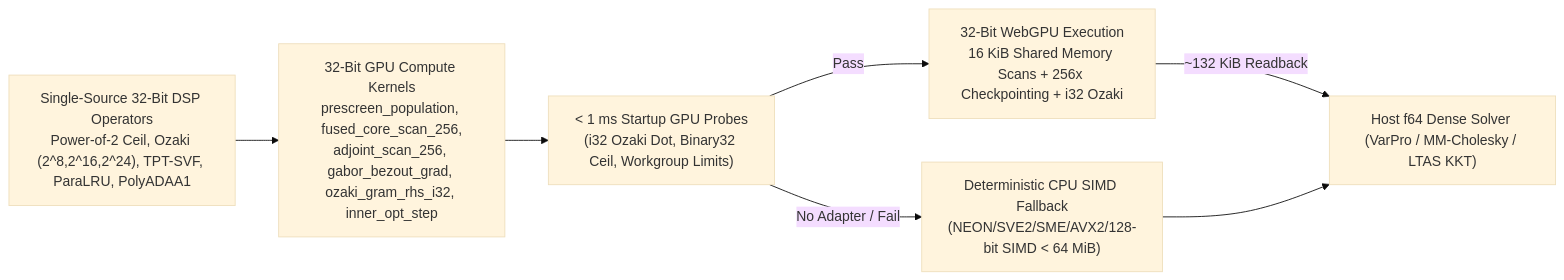
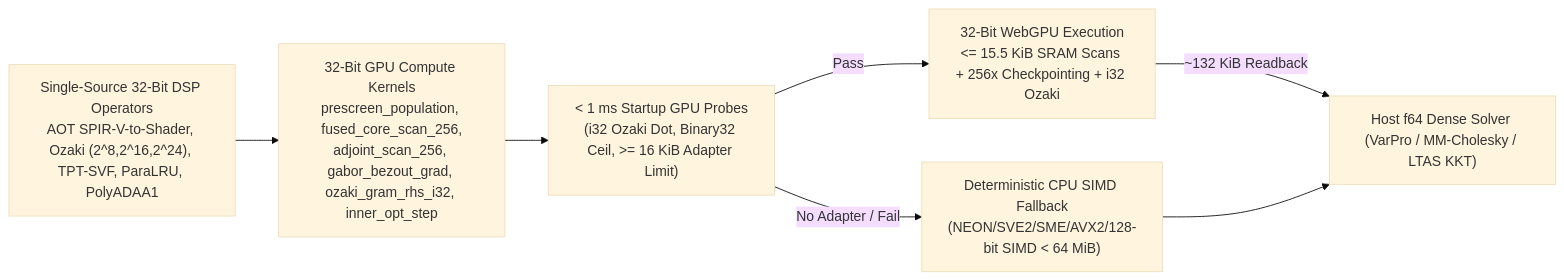
Before and after one commit to mokugen/dnam: the second of 2 diagrams in docs/specs/training/webgpu_and_varpro_solver.md, drawn with Mermaid (base theme). The commit also changed other lines of this file and 11 other files, not shown here.

Commit message:
docs(specs): finalize SONA v3.0 VM DSP, ControlBus, and WebGPU clean-room specs (M6)

````diff
--- a/docs/specs/training/webgpu_and_varpro_solver.md
+++ b/docs/specs/training/webgpu_and_varpro_solver.md
@@ -174,9 +201,9 @@
 ```mermaid
 flowchart LR
-    Kernels["Single-Source 32-Bit DSP Operators<br/>Power-of-2 Ceil, Ozaki (2^8,2^16,2^24), TPT-SVF, ParaLRU, PolyADAA1"] --> Shaders["32-Bit GPU Compute Kernels<br/>prescreen_population, fused_core_scan_256,<br/>adjoint_scan_256, gabor_bezout_grad, ozaki_gram_rhs_i32, inner_opt_step"]
-    Shaders --> Probe["< 1 ms Startup GPU Probes<br/>(i32 Ozaki Dot, Binary32 Ceil, Workgroup Limits)"]
-    Probe -->|"Pass"| GPU["32-Bit WebGPU Execution<br/>16 KiB Shared Memory Scans + 256x Checkpointing + i32 Ozaki"]
+    Kernels["Single-Source 32-Bit DSP Operators<br/>AOT SPIR-V-to-Shader, Ozaki (2^8,2^16,2^24), TPT-SVF, ParaLRU, PolyADAA1"] --> Shaders["32-Bit GPU Compute Kernels<br/>prescreen_population, fused_core_scan_256,<br/>adjoint_scan_256, gabor_bezout_grad, ozaki_gram_rhs_i32, inner_opt_step"]
+    Shaders --> Probe["< 1 ms Startup GPU Probes<br/>(i32 Ozaki Dot, Binary32 Ceil, >= 16 KiB Adapter Limit)"]
+    Probe -->|"Pass"| GPU["32-Bit WebGPU Execution<br/><= 15.5 KiB SRAM Scans + 256x Checkpointing + i32 Ozaki"]
     Probe -->|"No Adapter / Fail"| CPU["Deterministic CPU SIMD Fallback<br/>(NEON/SVE2/SME/AVX2/128-bit SIMD < 64 MiB)"]
     GPU -->|"~132 KiB Readback"| Host["Host f64 Dense Solver (VarPro / MM-Cholesky / LTAS KKT)"]
     CPU --> Host
 ```
````
